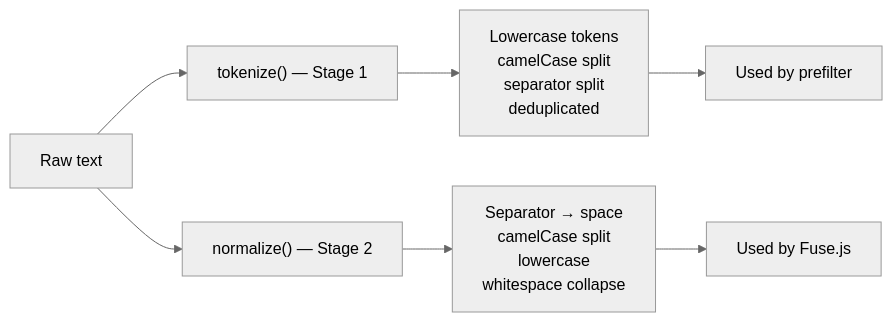
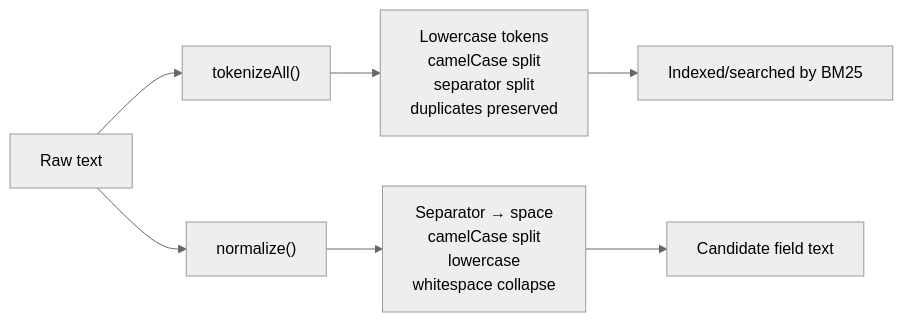
Before and after one commit to rmk40/opencode-session-recall: the fourth of 5 diagrams in CONTRIBUTING.md, drawn with Mermaid (neutral theme). The commit also changed other lines of this file and 32 other files, not shown here.

````diff
--- a/CONTRIBUTING.md
+++ b/CONTRIBUTING.md
@@ -259,11 +244,10 @@
 ```mermaid
 flowchart LR
-    Raw["Raw text"] --> T["tokenize() — Stage 1"]
-    T --> Tokens["Lowercase tokens<br/>camelCase split<br/>separator split<br/>deduplicated"]
+    Raw["Raw text"] --> TA["tokenizeAll()"]
+    TA --> Tokens["Lowercase tokens<br/>camelCase split<br/>separator split<br/>duplicates preserved"]
+    Tokens --> BM25["Indexed/searched by BM25"]
 
-    Raw --> N["normalize() — Stage 2"]
+    Raw --> N["normalize()"]
     N --> Norm["Separator → space<br/>camelCase split<br/>lowercase<br/>whitespace collapse"]
-
-    Tokens --> Prefilter["Used by prefilter"]
-    Norm --> Fuse["Used by Fuse.js"]
+    Norm --> Fields["Candidate field text"]
 ```
````
